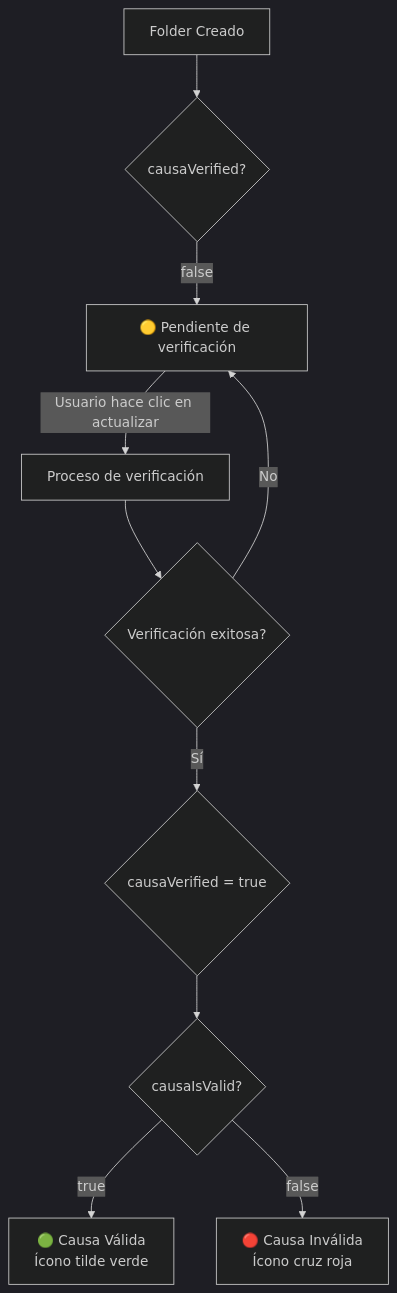
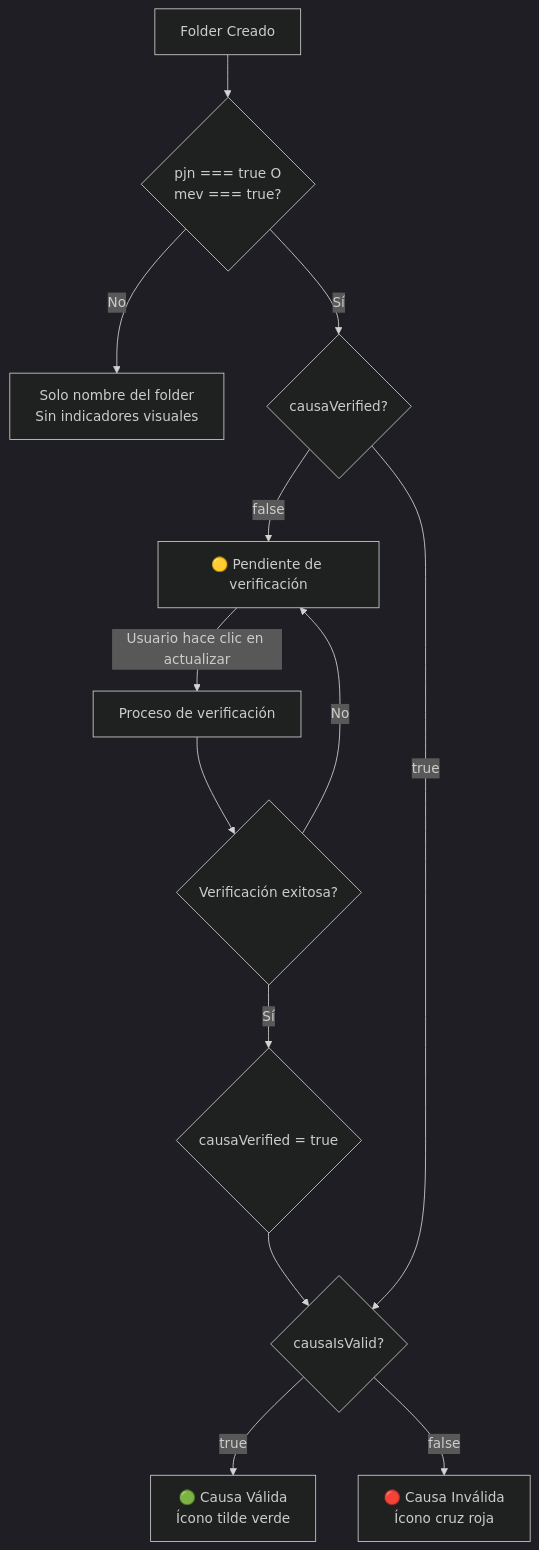
One commit to cerramaximiliano/law-analytics-front changed the diagram in docs/FOLDER_STATUS_GUIDE.md. Above: the diagram before and after it, drawn with Mermaid (dark theme). The commit also changed other lines of this file and 1 other file, not shown here.

First line of the commit message:
feat: Condicionar indicadores visuales a propiedades pjn o mev

````diff
--- a/docs/FOLDER_STATUS_GUIDE.md
+++ b/docs/FOLDER_STATUS_GUIDE.md
@@ -19,12 +27,15 @@
 ```mermaid
 graph TD
-    A[Folder Creado] --> B{causaVerified?}
-    B -->|false| C[🟡 Pendiente de verificación]
-    C -->|Usuario hace clic en actualizar| D[Proceso de verificación]
-    D --> E{Verificación exitosa?}
-    E -->|Sí| F{causaVerified = true}
-    F --> G{causaIsValid?}
-    G -->|true| H[🟢 Causa Válida<br/>Ícono tilde verde]
-    G -->|false| I[🔴 Causa Inválida<br/>Ícono cruz roja]
-    E -->|No| C
+    A[Folder Creado] --> B{pjn === true O<br/>mev === true?}
+    B -->|No| C[Solo nombre del folder<br/>Sin indicadores visuales]
+    B -->|Sí| D{causaVerified?}
+    D -->|false| E[🟡 Pendiente de verificación]
+    E -->|Usuario hace clic en actualizar| F[Proceso de verificación]
+    F --> G{Verificación exitosa?}
+    G -->|Sí| H{causaVerified = true}
+    H --> I{causaIsValid?}
+    I -->|true| J[🟢 Causa Válida<br/>Ícono tilde verde]
+    I -->|false| K[🔴 Causa Inválida<br/>Ícono cruz roja]
+    G -->|No| E
+    D -->|true| I
 ```
````
